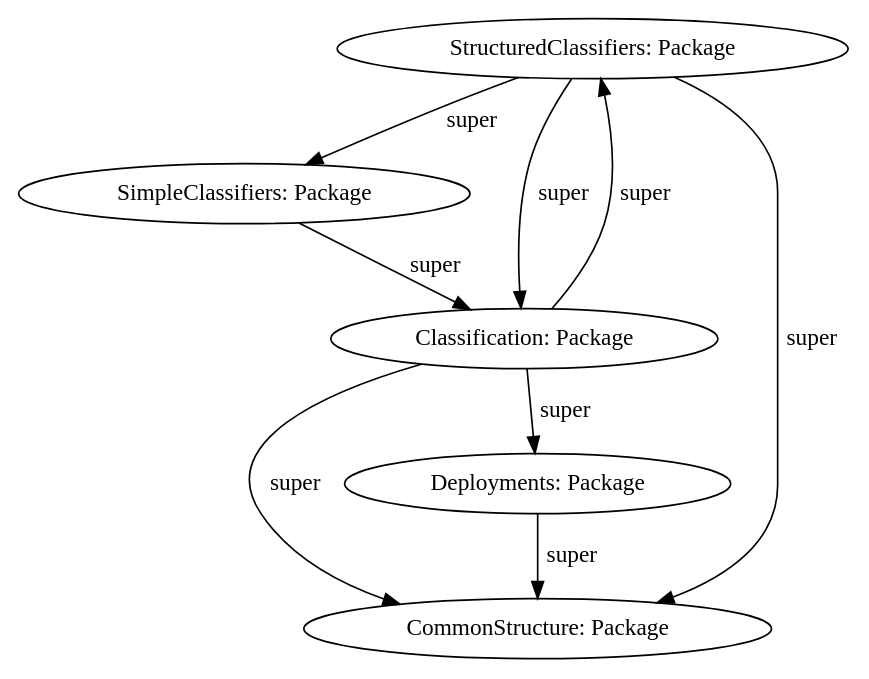
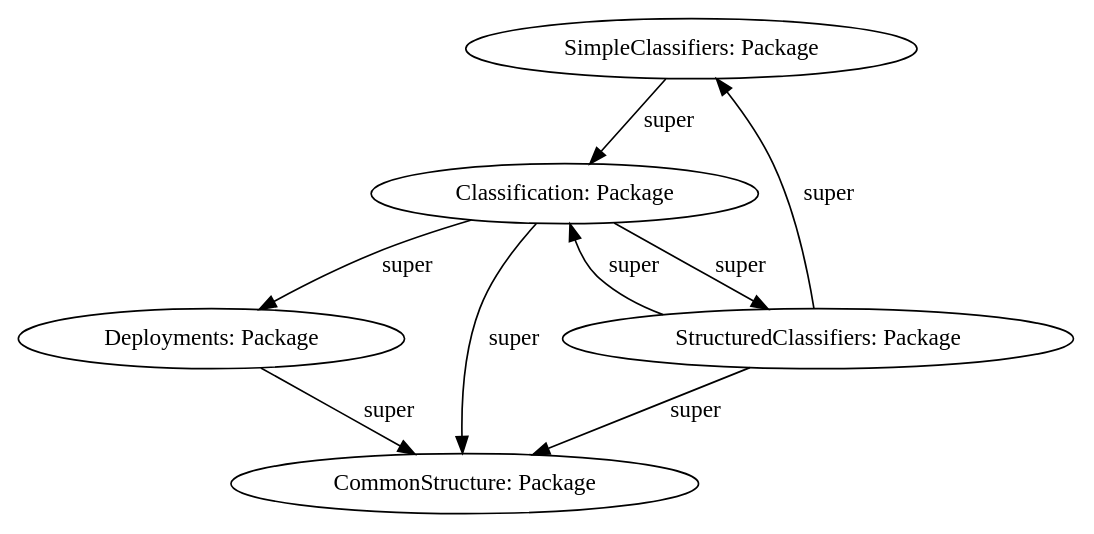
The diagram in research/org.sidiff.uml2.classification/slices/UML.StructuredClassifiers.dot (manuelohrndorf/sidiff-lifting), drawn with Graphviz before and after one commit. The commit also changed 36 other files, not shown here.

Commit message:
update uml classification to set lower bound to 0

```diff
--- a/research/org.sidiff.uml2.classification/slices/UML.StructuredClassifiers.dot
+++ b/research/org.sidiff.uml2.classification/slices/UML.StructuredClassifiers.dot
@@ -1,18 +1,18 @@
 digraph{
 {style = filled
 shape = box
 }
-"ID79aa675b" [label= "StructuredClassifiers: Package" style=solid fillcolor = white]
-"ID6c3830ed" [label= "Deployments: Package" style=solid fillcolor = white]
-"ID46e32574" [label= "Classification: Package" style=solid fillcolor = white]
-"ID308d8de8" [label= "SimpleClassifiers: Package" style=solid fillcolor = white]
-"ID1a345c6c" [label= "CommonStructure: Package" style=solid fillcolor = white]
-ID6c3830ed -> ID1a345c6c [label = "super" style = solid color = black ]
-ID79aa675b -> ID1a345c6c [label = "super" style = solid color = black ]
-ID79aa675b -> ID308d8de8 [label = "super" style = solid color = black ]
-ID46e32574 -> ID79aa675b [label = "super" style = solid color = black ]
-ID308d8de8 -> ID46e32574 [label = "super" style = solid color = black ]
-ID79aa675b -> ID46e32574 [label = "super" style = solid color = black ]
-ID46e32574 -> ID1a345c6c [label = "super" style = solid color = black ]
-ID46e32574 -> ID6c3830ed [label = "super" style = solid color = black ]
+"ID4f5ad6b7" [label= "SimpleClassifiers: Package" style=solid fillcolor = white]
+"ID420c9959" [label= "Deployments: Package" style=solid fillcolor = white]
+"ID32f2de5c" [label= "StructuredClassifiers: Package" style=solid fillcolor = white]
+"ID3bb186b" [label= "Classification: Package" style=solid fillcolor = white]
+"ID4a2bc71f" [label= "CommonStructure: Package" style=solid fillcolor = white]
+ID420c9959 -> ID4a2bc71f [label = "super" style = solid color = black ]
+ID32f2de5c -> ID4a2bc71f [label = "super" style = solid color = black ]
+ID3bb186b -> ID4a2bc71f [label = "super" style = solid color = black ]
+ID3bb186b -> ID32f2de5c [label = "super" style = solid color = black ]
+ID32f2de5c -> ID3bb186b [label = "super" style = solid color = black ]
+ID32f2de5c -> ID4f5ad6b7 [label = "super" style = solid color = black ]
+ID4f5ad6b7 -> ID3bb186b [label = "super" style = solid color = black ]
+ID3bb186b -> ID420c9959 [label = "super" style = solid color = black ]
 }
```
